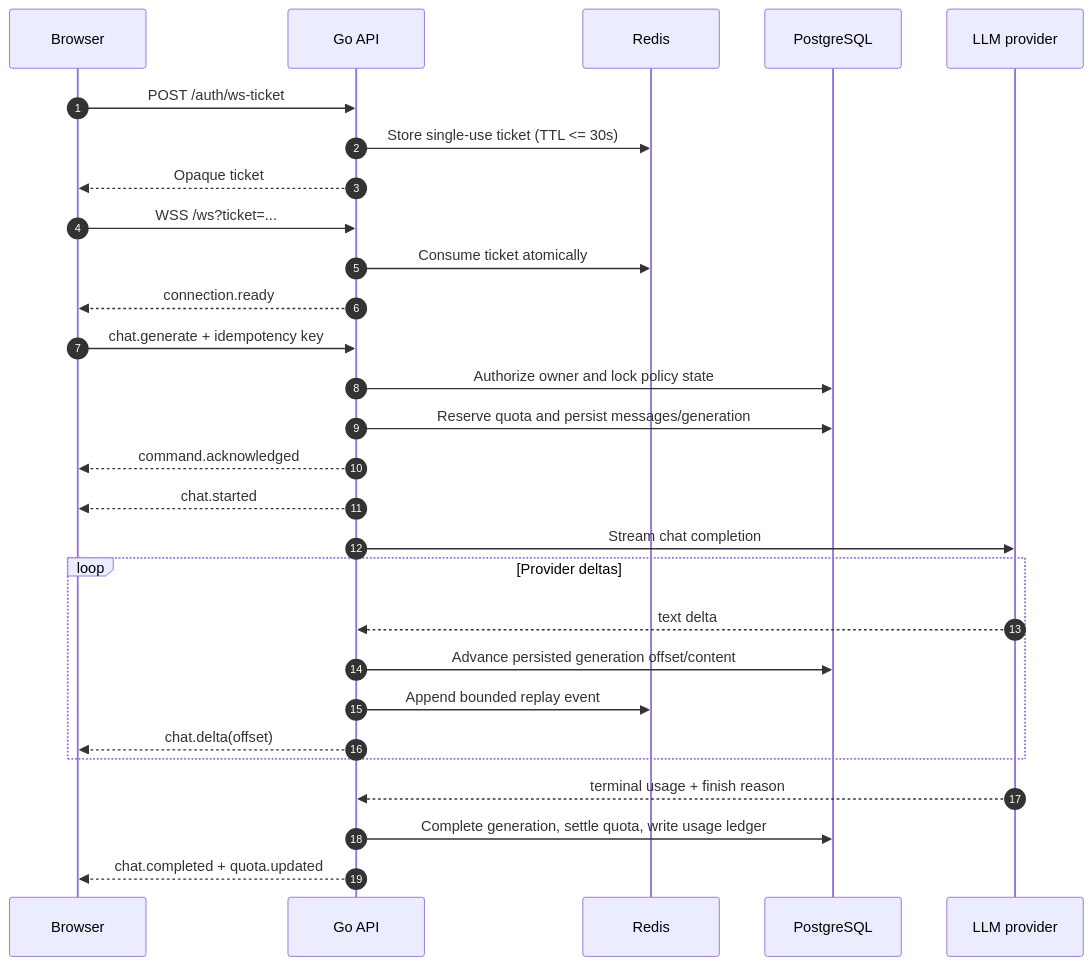
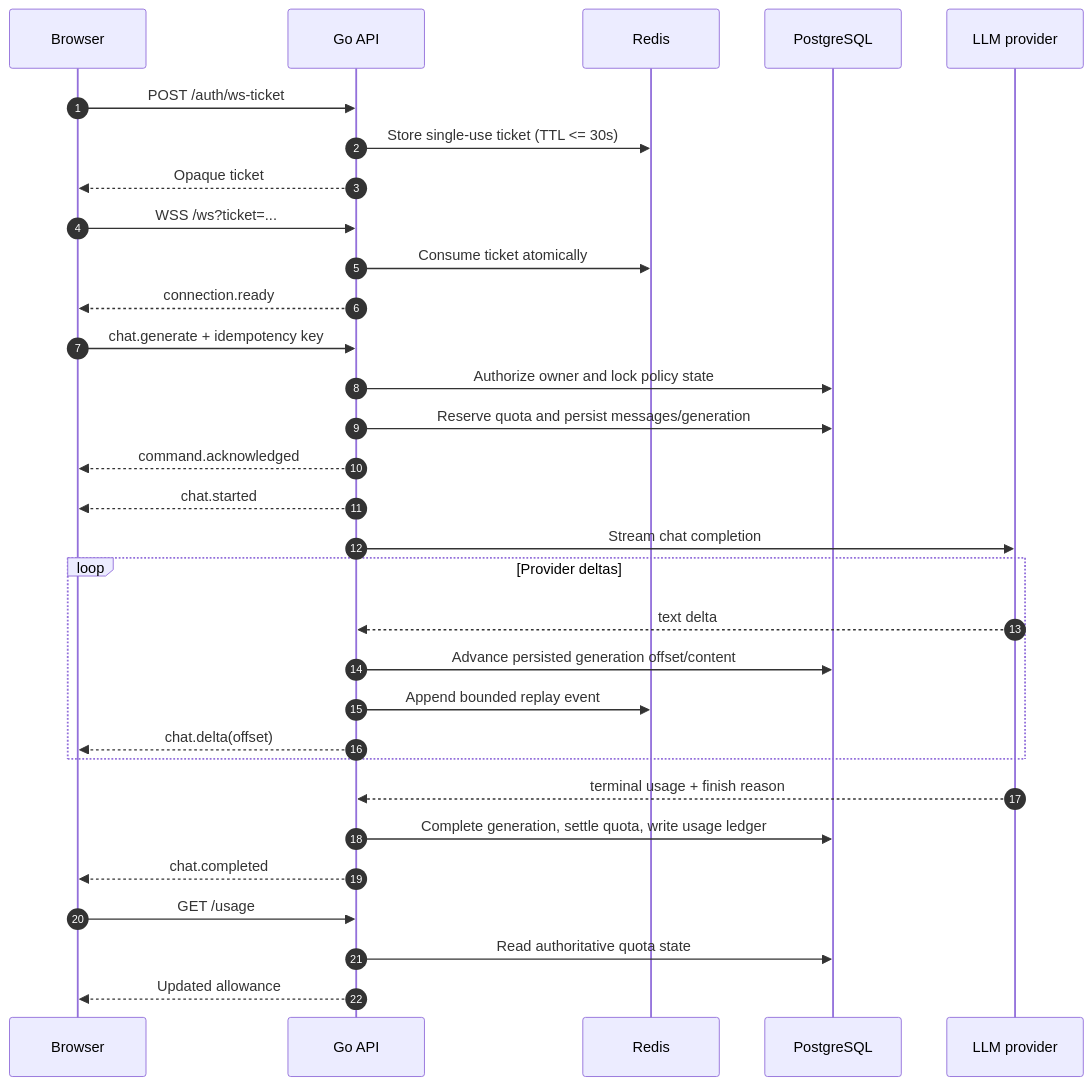
The fifth of 8 diagrams in docs/technical-architecture.md (aikssen/glazz-chat), drawn with Mermaid before and after one commit. The commit also changed other lines of this file and 55 other files, not shown here.

````diff
--- a/docs/technical-architecture.md
+++ b/docs/technical-architecture.md
@@ -273,34 +273,37 @@
 ```mermaid
 sequenceDiagram
     autonumber
     participant B as Browser
     participant A as Go API
     participant R as Redis
     participant P as PostgreSQL
     participant L as LLM provider
 
     B->>A: POST /auth/ws-ticket
     A->>R: Store single-use ticket (TTL <= 30s)
     A-->>B: Opaque ticket
     B->>A: WSS /ws?ticket=...
     A->>R: Consume ticket atomically
     A-->>B: connection.ready
 
     B->>A: chat.generate + idempotency key
     A->>P: Authorize owner and lock policy state
     A->>P: Reserve quota and persist messages/generation
     A-->>B: command.acknowledged
     A-->>B: chat.started
     A->>L: Stream chat completion
 
     loop Provider deltas
         L-->>A: text delta
         A->>P: Advance persisted generation offset/content
         A->>R: Append bounded replay event
         A-->>B: chat.delta(offset)
     end
 
     L-->>A: terminal usage + finish reason
     A->>P: Complete generation, settle quota, write usage ledger
-    A-->>B: chat.completed + quota.updated
+    A-->>B: chat.completed
+    B->>A: GET /usage
+    A->>P: Read authoritative quota state
+    A-->>B: Updated allowance
 ```
````
